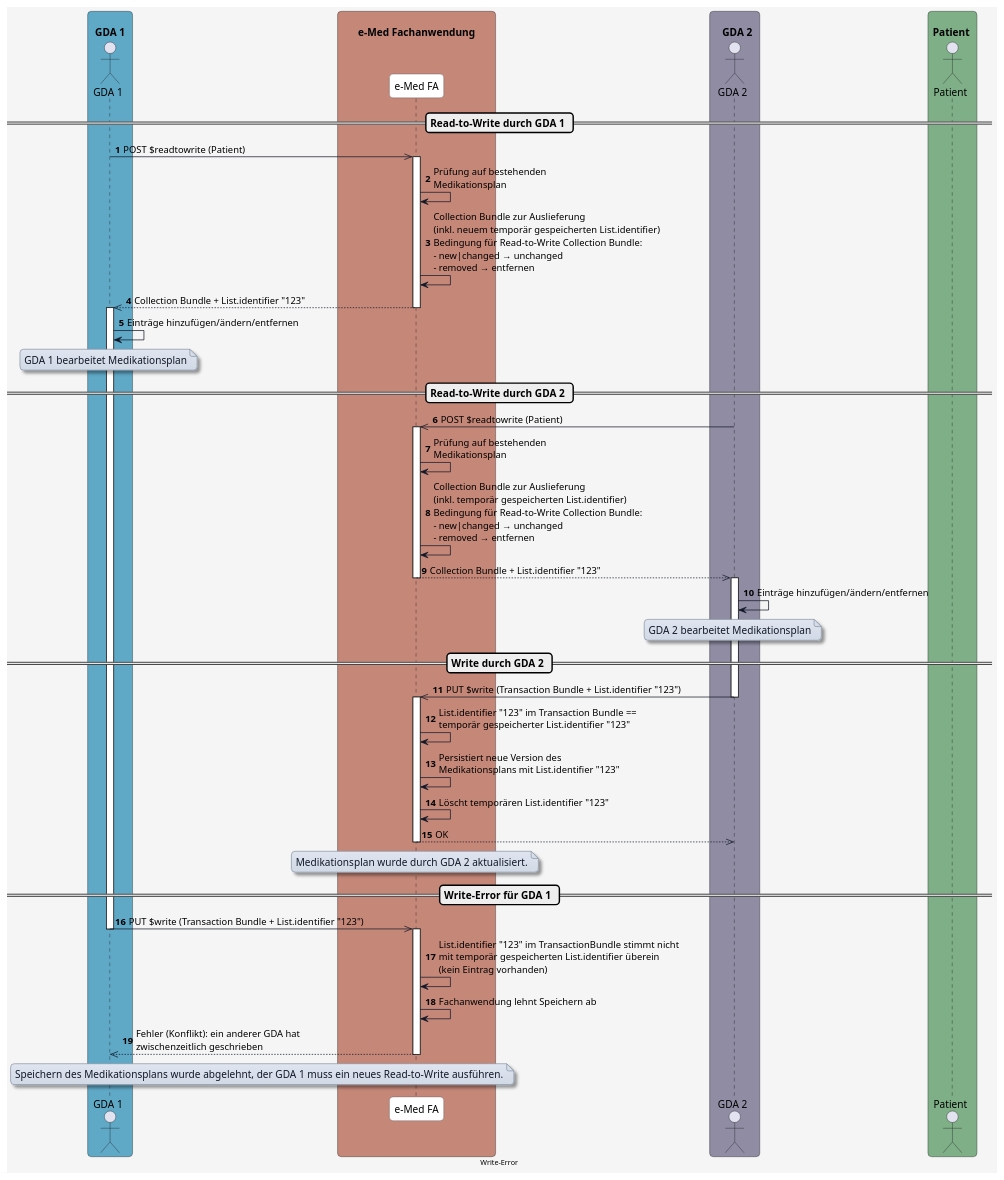
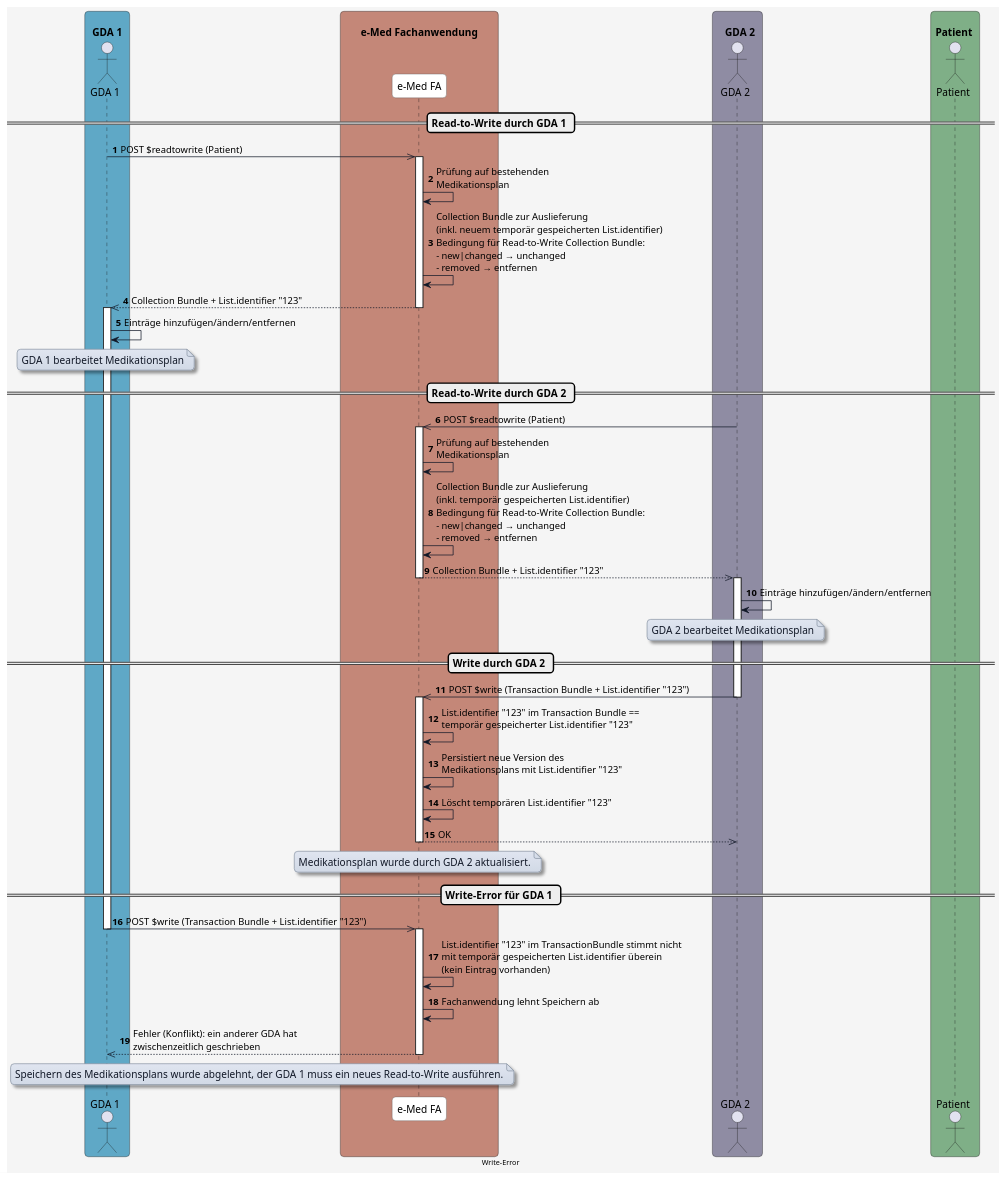
Before and after one commit to HL7Austria/ELGA-e-Medikation-R4: the diagram in input/images-source/diagram_write_error.plantuml, drawn with PlantUML. The commit also changed 4 other files, not shown here.

Commit message:
Update diagram

```diff
--- a/input/images-source/diagram_write_error.plantuml
+++ b/input/images-source/diagram_write_error.plantuml
@@ -1,132 +1,132 @@
 @startuml
 skinparam borderColor #000000
 skinparam backgroundColor #f5f5f5
 skinparam shadowing false
 skinparam roundCorner 10
 skinparam defaultFontName "Arial"
 skinparam defaultFontSize 14
 skinparam defaultFontColor #000000
 
 skinparam note {
   BackgroundColor #e0e5f0-#d1d9e6
   BorderColor #8b95a5
   BorderThickness 1
   RoundCorner 8
   Padding 6
   FontColor #111827
   Shadowing true
 }
 
 skinparam HyperlinkColor #0000EE
 skinparam HyperlinkUnderline false
 
 skinparam sequence {
   ParticipantBorderColor #555555
   ParticipantBackgroundColor #ffffff
   ParticipantFontColor #000000
   ParticipantFontSize 14
   ParticipantPadding 20
   ArrowColor #111827
   ArrowThickness 1
   ArrowFontColor #000000
   ArrowFontSize 13
   GroupBorderColor #111827
   GroupBackgroundColor #eef2ff
   GroupBorderThickness 2
 }
 
 skinparam BoxPadding 20
 skinparam BoxBorderColor #555555
 
 box "\n  GDA 1  " #5FA8C6
   actor GDA_1 as "GDA 1"
 end box
 
 box "\n       e-Med Fachanwendung       " #C48778
   participant eMed_FA as "e-Med FA"
 end box
 
 box "\n    GDA 2  " #8F8CA3
   actor GDA_2 as "GDA 2"
 end box
 
 box "\n Patient  " #7FAF87
   actor Patient as "Patient"
 end box
 
 
 autonumber
 
  
 == Read-to-Write durch GDA 1 ==
 
 GDA_1 ->> eMed_FA: POST $readtowrite (Patient)
 
 activate eMed_FA
 eMed_FA -> eMed_FA: Prüfung auf bestehenden\nMedikationsplan
 eMed_FA -> eMed_FA: Collection Bundle zur Auslieferung\n(inkl. neuem temporär gespeicherten List.identifier)\nBedingung für Read-to-Write Collection Bundle:\n- new|changed → unchanged\n- removed → entfernen
 
 eMed_FA -->> GDA_1: Collection Bundle + List.identifier "123"
 deactivate eMed_FA
 
 activate GDA_1
 GDA_1 -> GDA_1: Einträge hinzufügen/ändern/entfernen
 
 note over GDA_1
 GDA 1 bearbeitet Medikationsplan
 end note
 
 == Read-to-Write durch GDA 2 ==
 
 GDA_2 ->> eMed_FA: POST $readtowrite (Patient)
 
 
 activate eMed_FA
 eMed_FA -> eMed_FA: Prüfung auf bestehenden\nMedikationsplan
 eMed_FA -> eMed_FA: Collection Bundle zur Auslieferung\n(inkl. temporär gespeicherten List.identifier)\nBedingung für Read-to-Write Collection Bundle:\n- new|changed → unchanged\n- removed → entfernen
 
 eMed_FA -->> GDA_2: Collection Bundle + List.identifier "123"
 deactivate eMed_FA
 
 activate GDA_2
 GDA_2 -> GDA_2: Einträge hinzufügen/ändern/entfernen
 
 note over GDA_2
 GDA 2 bearbeitet Medikationsplan
 end note
 
 == Write durch GDA 2 ==
 
-GDA_2 ->> eMed_FA: PUT $write (Transaction Bundle + List.identifier "123")
+GDA_2 ->> eMed_FA: POST $write (Transaction Bundle + List.identifier "123")
 deactivate GDA_2
 
 activate eMed_FA
 eMed_FA -> eMed_FA: List.identifier "123" im Transaction Bundle ==\ntemporär gespeicherter List.identifier "123"
 eMed_FA -> eMed_FA: Persistiert neue Version des\nMedikationsplans mit List.identifier "123"
 eMed_FA -> eMed_FA: Löscht temporären List.identifier "123"
 eMed_FA -->> GDA_2: OK 
 
 note over eMed_FA
 Medikationsplan wurde durch GDA 2 aktualisiert.
 end note
 
 deactivate eMed_FA
 
 == Write-Error für GDA 1 ==
 
-GDA_1 ->> eMed_FA: PUT $write (Transaction Bundle + List.identifier "123")
+GDA_1 ->> eMed_FA: POST $write (Transaction Bundle + List.identifier "123")
 deactivate GDA_1
 
 activate eMed_FA
 eMed_FA -> eMed_FA: List.identifier "123" im TransactionBundle stimmt nicht\nmit temporär gespeicherten List.identifier überein\n(kein Eintrag vorhanden)
 eMed_FA -> eMed_FA: Fachanwendung lehnt Speichern ab
 eMed_FA -->> GDA_1: Fehler (Konflikt): ein anderer GDA hat\nzwischenzeitlich geschrieben
 note over eMed_FA, GDA_1
 Speichern des Medikationsplans wurde abgelehnt, der GDA 1 muss ein neues Read-to-Write ausführen.
 end note
 
 deactivate eMed_FA
 
 center footer Write-Error
 
 @enduml
```
